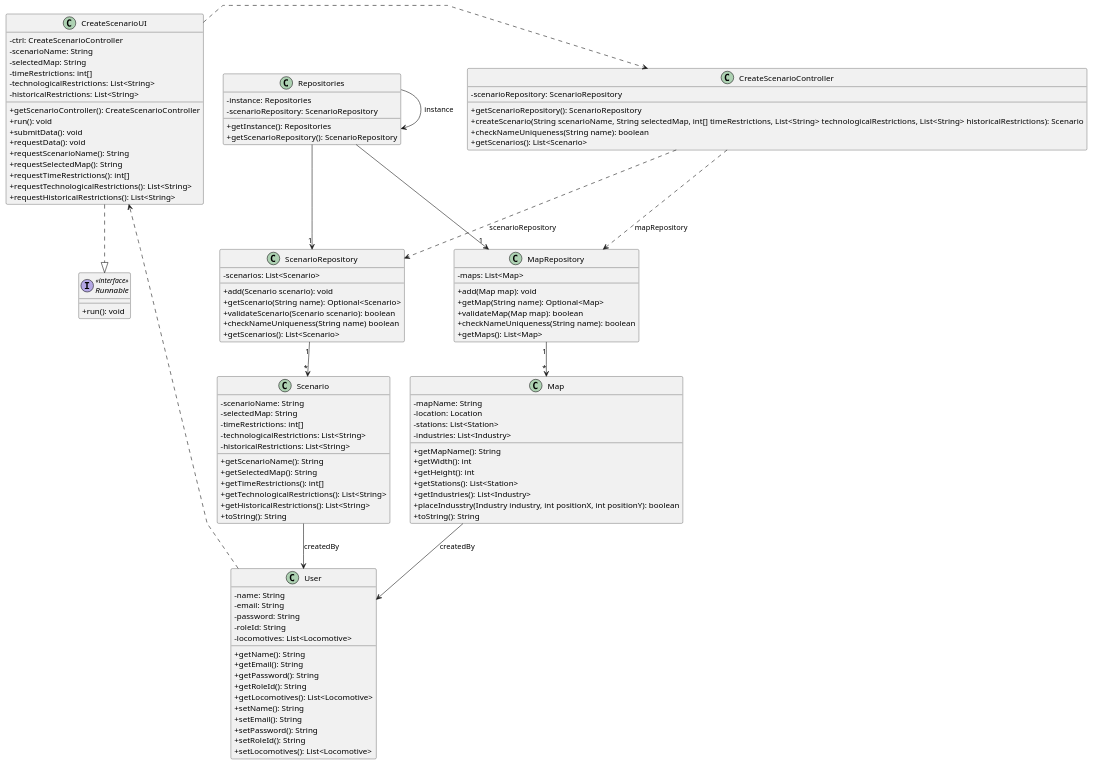
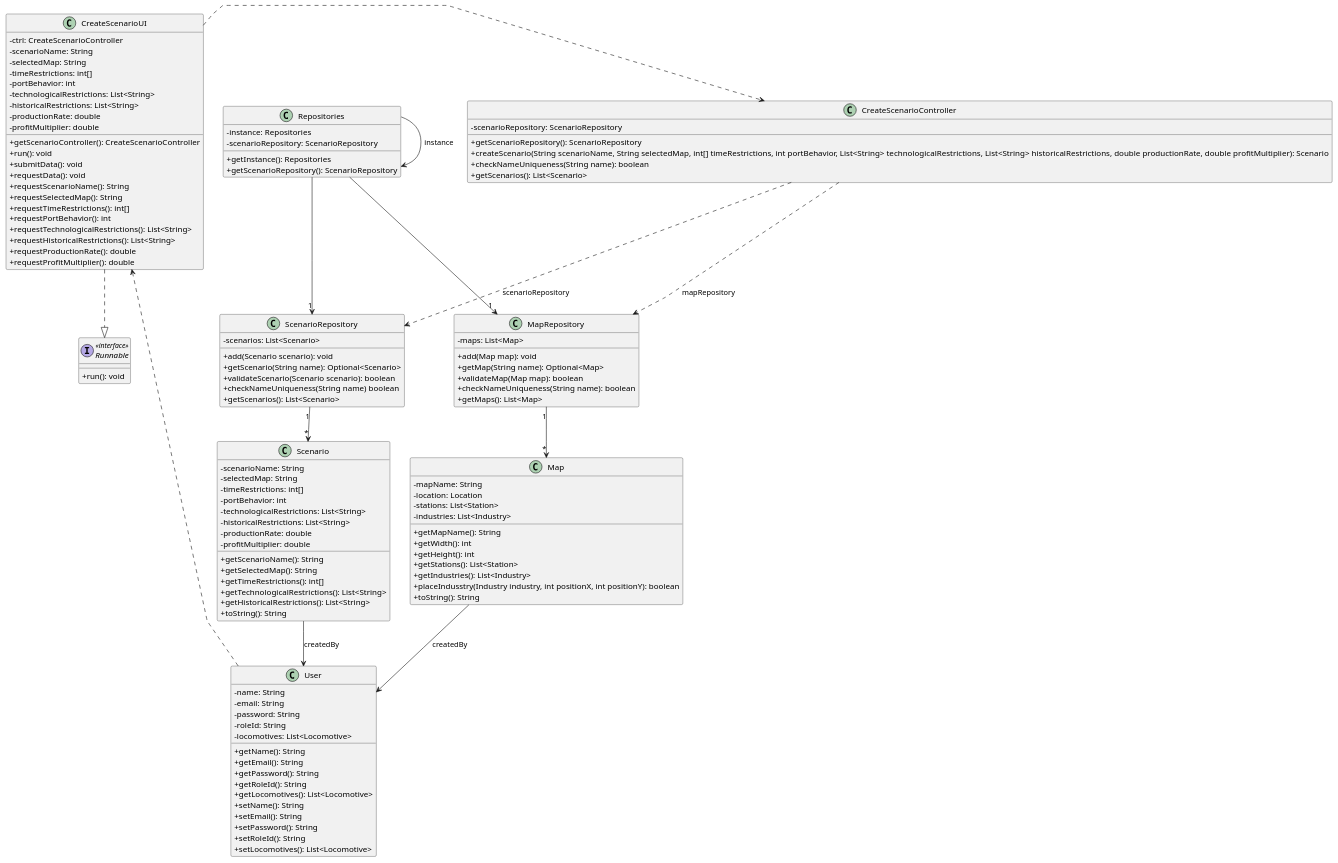
The diagram in docs/system-documentation/US004/03.design/puml/US004-CD.puml (goncalolopesp/sem2-pi-24.25-g093-repo), drawn with PlantUML before and after one commit. The commit also changed 1 other file, not shown here.

Commit message:
US004 (docs) - Updated the class diagram

```diff
--- a/docs/system-documentation/US004/03.design/puml/US004-CD.puml
+++ b/docs/system-documentation/US004/03.design/puml/US004-CD.puml
@@ -1,128 +1,136 @@
 @startuml
 
 skinparam packageStyle rectangle
 skinparam shadowing false
 skinparam linetype polyline
 skinparam classAttributeIconSize 0
 
 class User {
     -name: String
     -email: String
     -password: String
     -roleId: String
     -locomotives: List<Locomotive>
     +getName(): String
     +getEmail(): String
     +getPassword(): String
     +getRoleId(): String
     +getLocomotives(): List<Locomotive>
     +setName(): String
     +setEmail(): String
     +setPassword(): String
     +setRoleId(): String
     +setLocomotives(): List<Locomotive>
 }
 
 class CreateScenarioUI {
     -ctrl: CreateScenarioController
     -scenarioName: String
     -selectedMap: String
     -timeRestrictions: int[]
+    -portBehavior: int
     -technologicalRestrictions: List<String>
     -historicalRestrictions: List<String>
+    -productionRate: double
+    -profitMultiplier: double
     +getScenarioController(): CreateScenarioController
     +run(): void
     +submitData(): void
     +requestData(): void
     +requestScenarioName(): String
     +requestSelectedMap(): String
     +requestTimeRestrictions(): int[]
+    +requestPortBehavior(): int
     +requestTechnologicalRestrictions(): List<String>
     +requestHistoricalRestrictions(): List<String>
-
+    +requestProductionRate(): double
+    +requestProfitMultiplier(): double
 }
 
 interface Runnable <<interface>>{
     +run(): void
 }
 
 class CreateScenarioController {
     -scenarioRepository: ScenarioRepository
     +getScenarioRepository(): ScenarioRepository
-    +createScenario(String scenarioName, String selectedMap, int[] timeRestrictions, List<String> technologicalRestrictions, List<String> historicalRestrictions): Scenario
+    +createScenario(String scenarioName, String selectedMap, int[] timeRestrictions, int portBehavior, List<String> technologicalRestrictions, List<String> historicalRestrictions, double productionRate, double profitMultiplier): Scenario
     +checkNameUniqueness(String name): boolean
     +getScenarios(): List<Scenario>
 }
 
 class Repositories {
     -instance: Repositories
     -scenarioRepository: ScenarioRepository
     +getInstance(): Repositories
     +getScenarioRepository(): ScenarioRepository
 }
 
 class ScenarioRepository {
     -scenarios: List<Scenario>
     +add(Scenario scenario): void
     +getScenario(String name): Optional<Scenario>
     +validateScenario(Scenario scenario): boolean
     +checkNameUniqueness(String name) boolean
     +getScenarios(): List<Scenario>
 }
 
 class MapRepository {
     -maps: List<Map>
     +add(Map map): void
     +getMap(String name): Optional<Map>
     +validateMap(Map map): boolean
     +checkNameUniqueness(String name): boolean
     +getMaps(): List<Map>
 }
 
 class Scenario {
     -scenarioName: String
     -selectedMap: String
     -timeRestrictions: int[]
+    -portBehavior: int
     -technologicalRestrictions: List<String>
     -historicalRestrictions: List<String>
+    -productionRate: double
+    -profitMultiplier: double
     +getScenarioName(): String
     +getSelectedMap(): String
     +getTimeRestrictions(): int[]
     +getTechnologicalRestrictions(): List<String>
     +getHistoricalRestrictions(): List<String>
     +toString(): String
 }
 
 class Map {
     -mapName: String
     -location: Location
     -stations: List<Station>
     -industries: List<Industry>
     +getMapName(): String
     +getWidth(): int
     +getHeight(): int
     +getStations(): List<Station>
     +getIndustries(): List<Industry>
     +placeIndusstry(Industry industry, int positionX, int positionY): boolean
     +toString(): String
 }
 
 User ..> CreateScenarioUI
 
 CreateScenarioUI ..|> Runnable
 CreateScenarioUI .> CreateScenarioController
 
 CreateScenarioController ..> ScenarioRepository : scenarioRepository
 CreateScenarioController ..> MapRepository : mapRepository
 
 Repositories -> Repositories : instance
 Repositories --> "1" ScenarioRepository
 Repositories --> "1" MapRepository
 
 ScenarioRepository "1" --> "*" Scenario
 MapRepository "1" --> "*" Map
 
 Scenario --> User : createdBy
 Map --> User : createdBy
 
 @enduml
```
